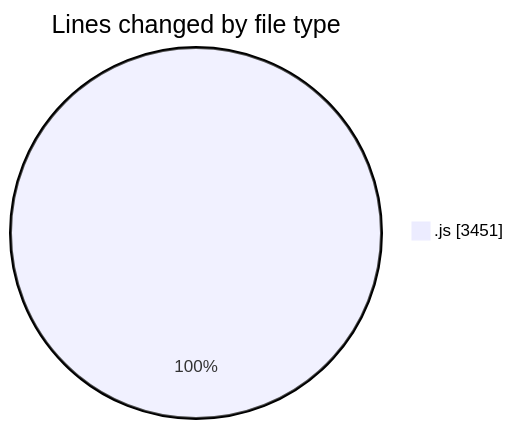
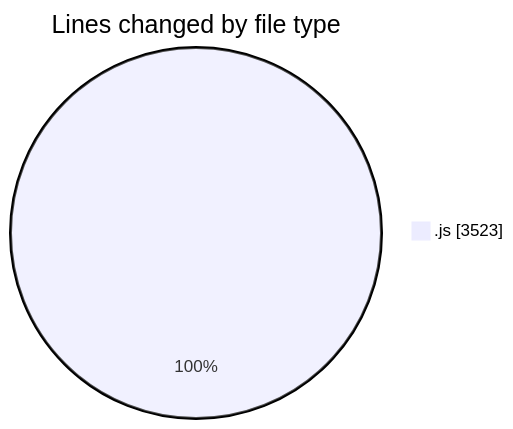
The first of 2 diagrams in 2025-09-03/nxtqube_webapp/README.md (nxtqubesakshisongat/code-tracking), drawn with Mermaid before and after one commit. The commit also changed other lines of this file and 1 other file, not shown here.

````diff
--- a/2025-09-03/nxtqube_webapp/README.md
+++ b/2025-09-03/nxtqube_webapp/README.md
@@ -20,5 +20,5 @@
 ```mermaid
 pie showData
 title Lines changed by file type
-".js" : 3451
+".js" : 3523
 ```
````
